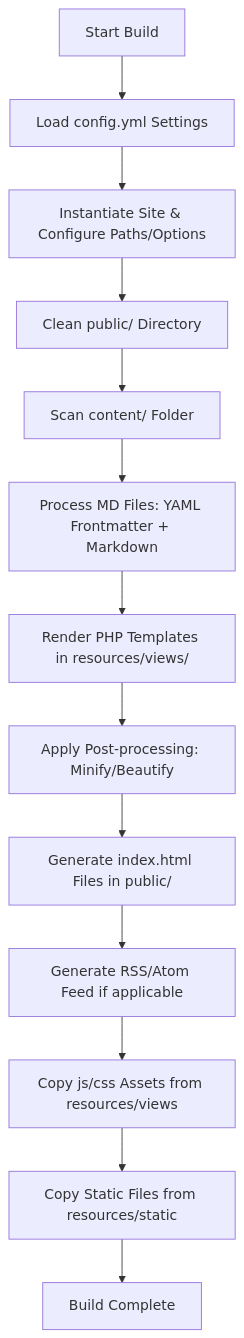
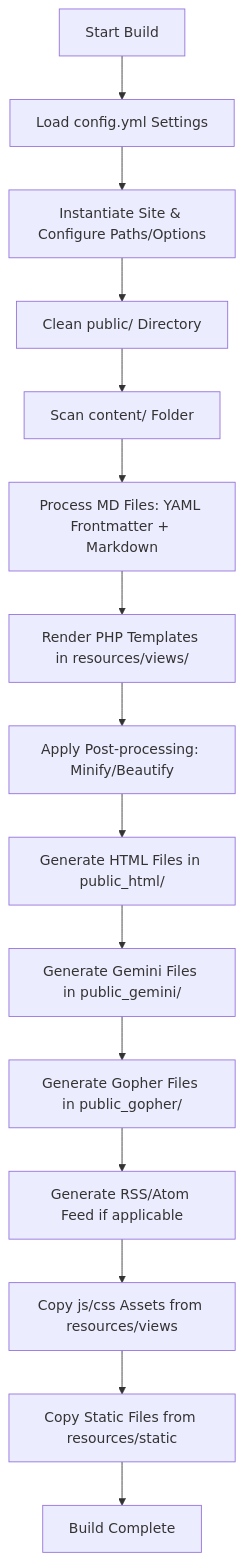
One commit to indieinabox/indieinabox changed the diagram in docs/architecture.md. Above: the diagram before and after it, drawn with Mermaid. The commit also changed other lines of this file and 8 other files, not shown here.

Commit message:
feat: add Gemini and Gopher output support, improve image processing, and update site interaction displays.

````diff
--- a/docs/architecture.md
+++ b/docs/architecture.md
@@ -9,15 +9,17 @@
 ```mermaid
 graph TD
     A[Start Build] --> B[Load config.yml Settings]
     B --> C[Instantiate Site & Configure Paths/Options]
     C --> D[Clean public/ Directory]
     D --> E[Scan content/ Folder]
     E --> F[Process MD Files: YAML Frontmatter + Markdown]
     F --> G[Render PHP Templates in resources/views/]
     G --> H[Apply Post-processing: Minify/Beautify]
-    H --> I[Generate index.html Files in public/]
-    I --> J[Generate RSS/Atom Feed if applicable]
+    H --> I[Generate HTML Files in public_html/]
+    I --> I2[Generate Gemini Files in public_gemini/]
+    I2 --> I3[Generate Gopher Files in public_gopher/]
+    I3 --> J[Generate RSS/Atom Feed if applicable]
     J --> K[Copy js/css Assets from resources/views]
     K --> L[Copy Static Files from resources/static]
     L --> M[Build Complete]
 ```
````
